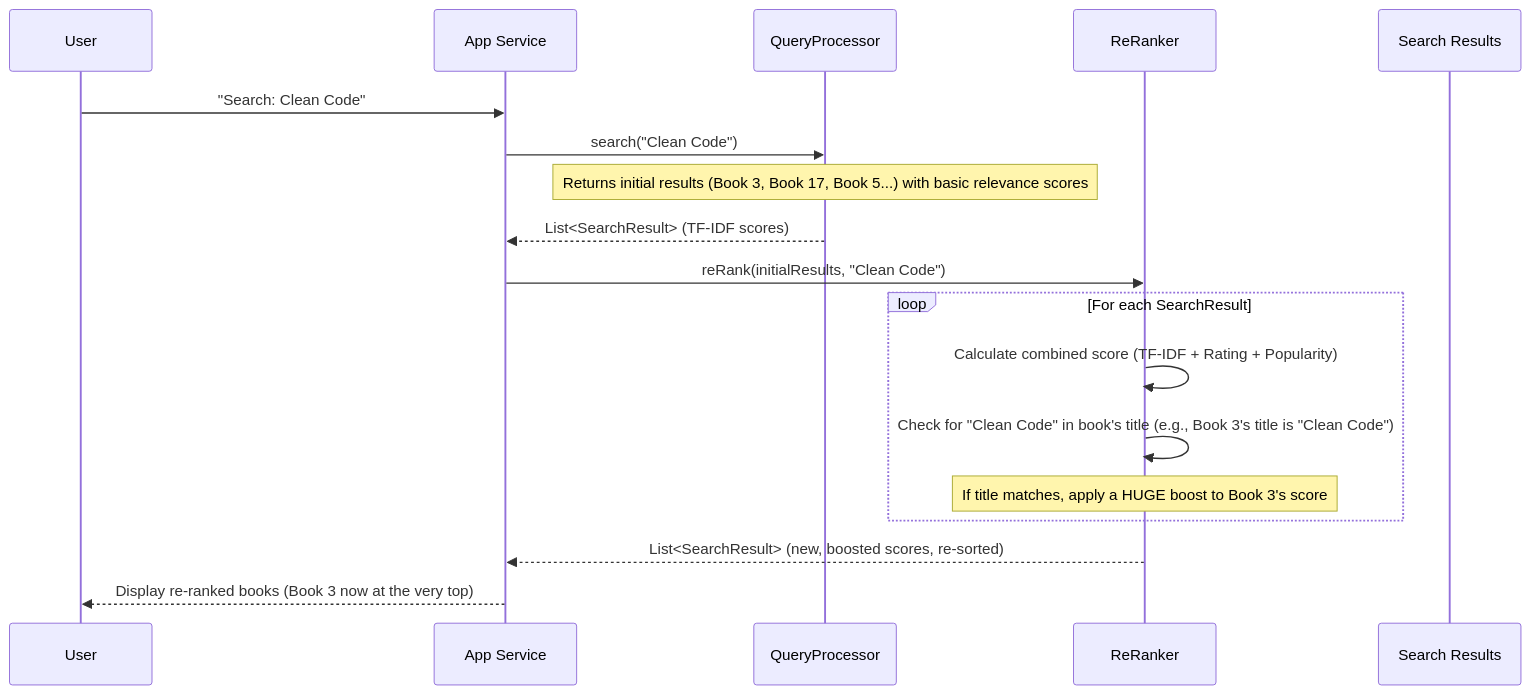
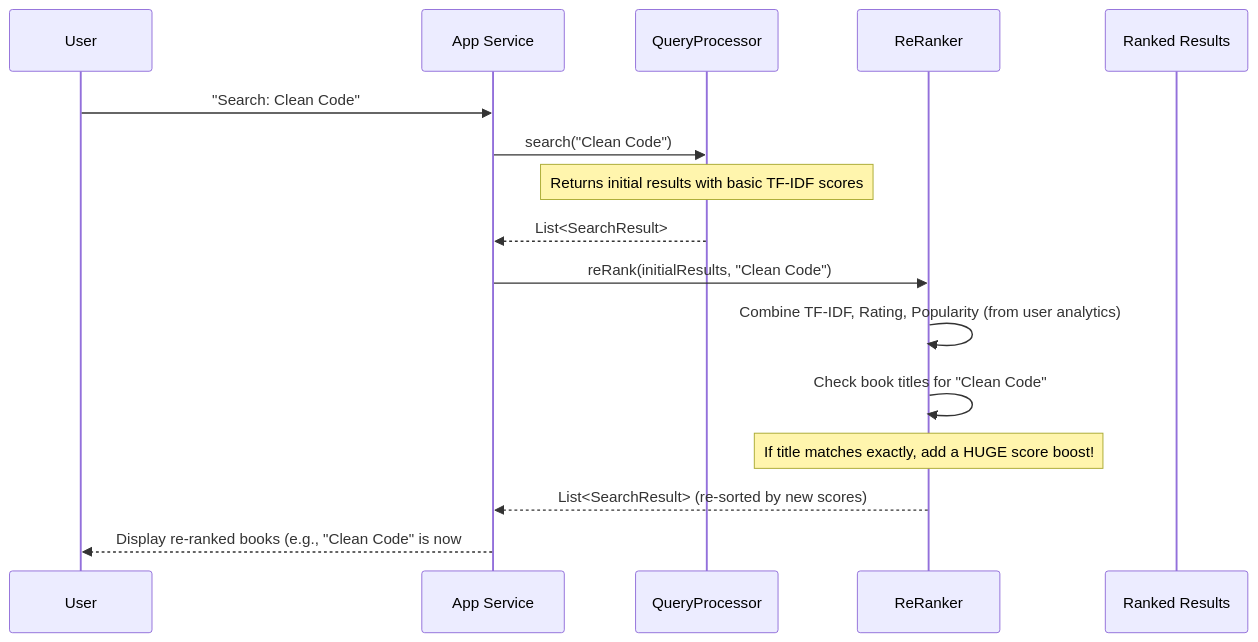
The first of 3 diagrams in documentation/Chapter 7 Search Enhancement & Recommendations.md (Kas-sim/DevShelf), drawn with Mermaid before and after one commit. The commit also changed other lines of this file, not shown here.

````diff
--- a/documentation/Chapter 7 Search Enhancement & Recommendations.md
+++ b/documentation/Chapter 7 Search Enhancement & Recommendations.md
@@ -57,21 +57,19 @@
 ```mermaid
 sequenceDiagram
     participant User
     participant App Service
     participant QueryProcessor
     participant ReRanker
-    participant Search Results
+    participant Ranked Results
 
     User->>App Service: "Search: Clean Code"
     App Service->>QueryProcessor: search("Clean Code")
-    Note over QueryProcessor: Returns initial results (Book 3, Book 17, Book 5...) with basic relevance scores
-    QueryProcessor-->>App Service: List<SearchResult> (TF-IDF scores)
+    Note over QueryProcessor: Returns initial results with basic TF-IDF scores
+    QueryProcessor-->>App Service: List<SearchResult>
     App Service->>ReRanker: reRank(initialResults, "Clean Code")
-    loop For each SearchResult
-        ReRanker->>ReRanker: Calculate combined score (TF-IDF + Rating + Popularity)
-        ReRanker->>ReRanker: Check for "Clean Code" in book's title (e.g., Book 3's title is "Clean Code")
-        Note over ReRanker: If title matches, apply a HUGE boost to Book 3's score
-    end
-    ReRanker-->>App Service: List<SearchResult> (new, boosted scores, re-sorted)
-    App Service-->>User: Display re-ranked books (Book 3 now at the very top)
+    ReRanker->>ReRanker: Combine TF-IDF, Rating, Popularity (from user analytics)
+    ReRanker->>ReRanker: Check book titles for "Clean Code"
+    Note over ReRanker: If title matches exactly, add a HUGE score boost!
+    ReRanker-->>App Service: List<SearchResult> (re-sorted by new scores)
+    App Service-->>User: Display re-ranked books (e.g., "Clean Code" is now #1)
 ```
````
